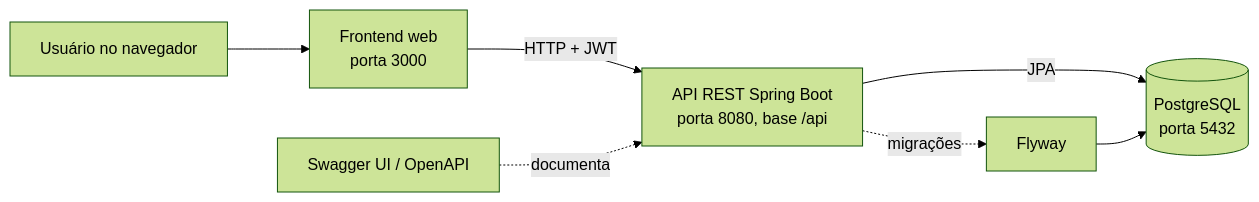
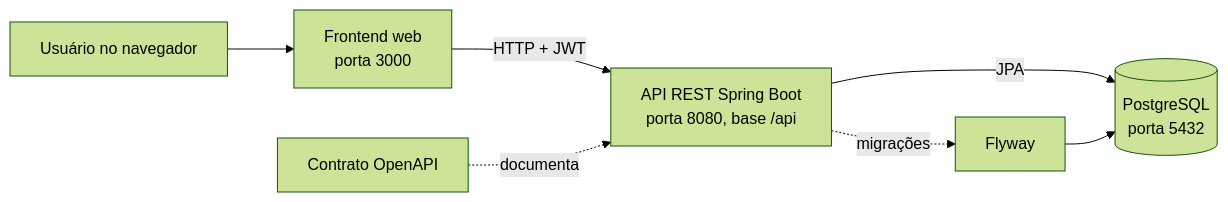
One commit to N1dlan95/ClinicalStudyPB-ESW-2 changed the diagram in README.md. Above: the diagram before and after it, drawn with Mermaid (forest theme). The commit also changed other lines of this file and 4 other files, not shown here.

````diff
--- a/README.md
+++ b/README.md
@@ -50,9 +51,9 @@
 ```mermaid
 flowchart LR
     U[Usuário no navegador] --> F[Frontend web<br/>porta 3000]
     F -->|HTTP + JWT| A[API REST Spring Boot<br/>porta 8080, base /api]
     A -->|JPA| D[(PostgreSQL<br/>porta 5432)]
     A -. migrações .-> M[Flyway]
     M --> D
-    O[Swagger UI / OpenAPI] -. documenta .-> A
+    O[Contrato OpenAPI] -. documenta .-> A
 ```
````
